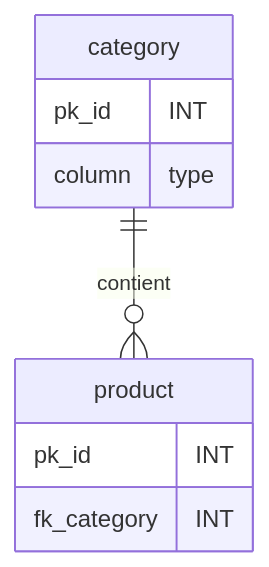
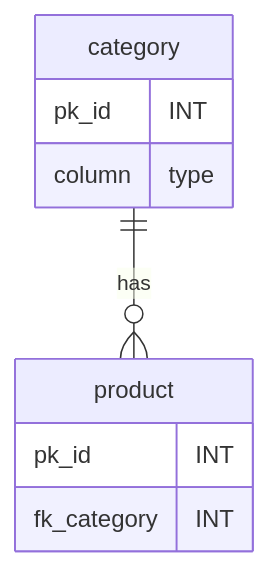
Before and after one commit to CHAOUCHI/parcours_cda: the fifth of 11 diagrams in SQL/Course/Apprendre le SQL.md, drawn with Mermaid. The commit also changed other lines of this file and 9 other files, not shown here.

````diff
--- a/SQL/Course/Apprendre le SQL.md
+++ b/SQL/Course/Apprendre le SQL.md
@@ -349,12 +471,12 @@
 ```mermaid 
 erDiagram
-    category||--o{product : contient
+    category||--o{product : has
     category{
         pk_id INT
         column type
     }
     product{
         pk_id INT
         fk_category INT
     }
 ```
````
